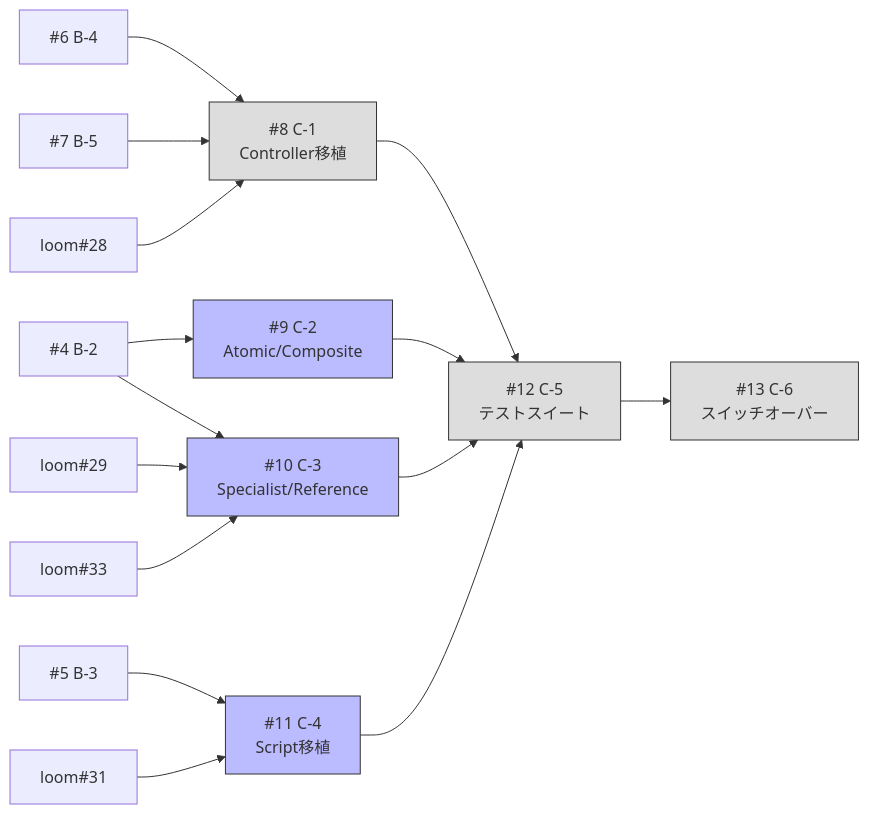
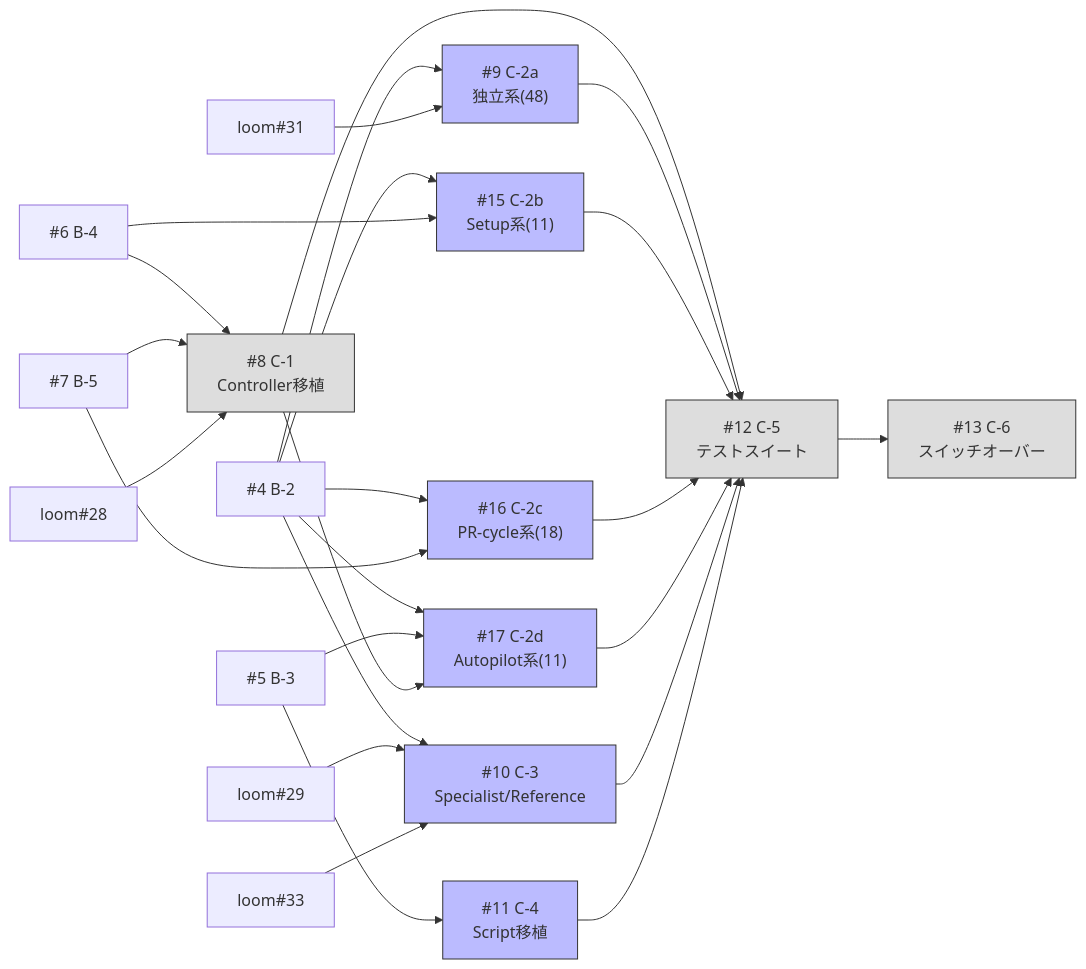
Before and after one commit to shuu5/twill: the diagram in plugins/dev/architecture/phases/02.md, drawn with Mermaid. The commit also changed other lines of this file and 7 other files, not shown here.

````diff
--- a/plugins/dev/architecture/phases/02.md
+++ b/plugins/dev/architecture/phases/02.md
@@ -22,24 +25,37 @@
 ```mermaid
 graph LR
-    B2["#4 B-2"] --> C2["#9 C-2<br/>Atomic/Composite"]
+    B2["#4 B-2"] --> C2a["#9 C-2a<br/>独立系(48)"]
+    loom31["loom#31"] --> C2a
+    B2 --> C2b["#15 C-2b<br/>Setup系(11)"]
+    B4["#6 B-4"] --> C2b
+    B2 --> C2c["#16 C-2c<br/>PR-cycle系(18)"]
+    B5["#7 B-5"] --> C2c
+    B2 --> C2d["#17 C-2d<br/>Autopilot系(11)"]
+    B3["#5 B-3"] --> C2d
+    C1 --> C2d
     B2 --> C3["#10 C-3<br/>Specialist/Reference"]
     loom29["loom#29"] --> C3
     loom33["loom#33"] --> C3
-    B4["#6 B-4"] --> C1["#8 C-1<br/>Controller移植"]
-    B5["#7 B-5"] --> C1
+    B4 --> C1["#8 C-1<br/>Controller移植"]
+    B5 --> C1
     loom28["loom#28"] --> C1
-    B3["#5 B-3"] --> C4["#11 C-4<br/>Script移植"]
-    loom31["loom#31"] --> C4
+    B3 --> C4["#11 C-4<br/>Script移植"]
     C1 --> C5["#12 C-5<br/>テストスイート"]
-    C2 --> C5
+    C2a --> C5
+    C2b --> C5
+    C2c --> C5
+    C2d --> C5
     C3 --> C5
     C4 --> C5
     C5 --> C6["#13 C-6<br/>スイッチオーバー"]
 
     style C1 fill:#ddd,stroke:#333
-    style C2 fill:#bbf,stroke:#333
+    style C2a fill:#bbf,stroke:#333
+    style C2b fill:#bbf,stroke:#333
+    style C2c fill:#bbf,stroke:#333
+    style C2d fill:#bbf,stroke:#333
     style C3 fill:#bbf,stroke:#333
     style C4 fill:#bbf,stroke:#333
     style C5 fill:#ddd,stroke:#333
     style C6 fill:#ddd,stroke:#333
 ```
````
